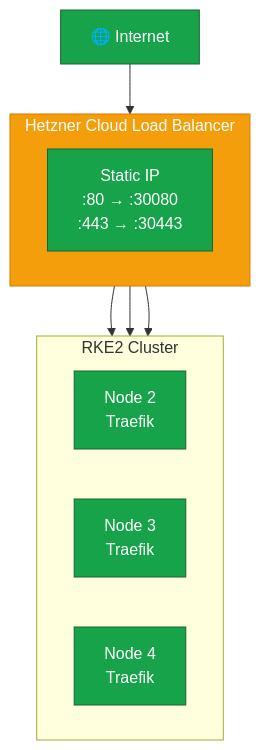
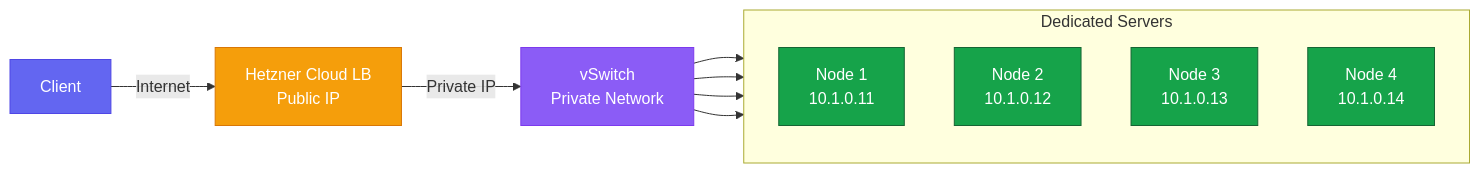
The first of 2 diagrams in guides/migrating-k3s-to-rke2-without-downtime/lesson-8.md (philprime/philprime.dev), drawn with Mermaid before and after one commit. The commit also changed other lines of this file and 9 other files, not shown here.

````diff
--- a/guides/migrating-k3s-to-rke2-without-downtime/lesson-8.md
+++ b/guides/migrating-k3s-to-rke2-without-downtime/lesson-8.md
@@ -30,26 +83,31 @@
 ```mermaid!
-flowchart TB
-  Internet["🌐 Internet"]
+flowchart LR
+  Client["Client"]
+  LB["Hetzner Cloud LB<br/>Public IP"]
+  vSwitch["vSwitch<br/>Private Network"]
 
-  subgraph LB["Hetzner Cloud Load Balancer"]
-    LBInfo["Static IP<br/>:80 → :30080<br/>:443 → :30443"]
+  subgraph Cluster["Dedicated Servers"]
+    direction TB
+    N1["Node 1<br/>10.1.0.11"]
+    N2["Node 2<br/>10.1.0.12"]
+    N3["Node 3<br/>10.1.0.13"]
+    N4["Node 4<br/>10.1.0.14"]
   end
 
-  subgraph Cluster["RKE2 Cluster"]
-    direction LR
-    N2["Node 2<br/>Traefik"]
-    N3["Node 3<br/>Traefik"]
-    N4["Node 4<br/>Traefik"]
-  end
+  Client -->|"Internet"| LB
+  LB -->|"Private IP"| vSwitch
+  vSwitch --> N1
+  vSwitch --> N2
+  vSwitch --> N3
+  vSwitch --> N4
 
-  Internet --> LB
-  LB --> N2
-  LB --> N3
-  LB --> N4
-
+  classDef client fill:#6366f1,color:#fff,stroke:#4f46e5
   classDef lb fill:#f59e0b,color:#fff,stroke:#d97706
+  classDef sw fill:#8b5cf6,color:#fff,stroke:#7c3aed
   classDef node fill:#16a34a,color:#fff,stroke:#166534
 
+  class Client client
   class LB lb
-  class N2,N3,N4 node
+  class vSwitch sw
+  class N1,N2,N3,N4 node
 ```
````
